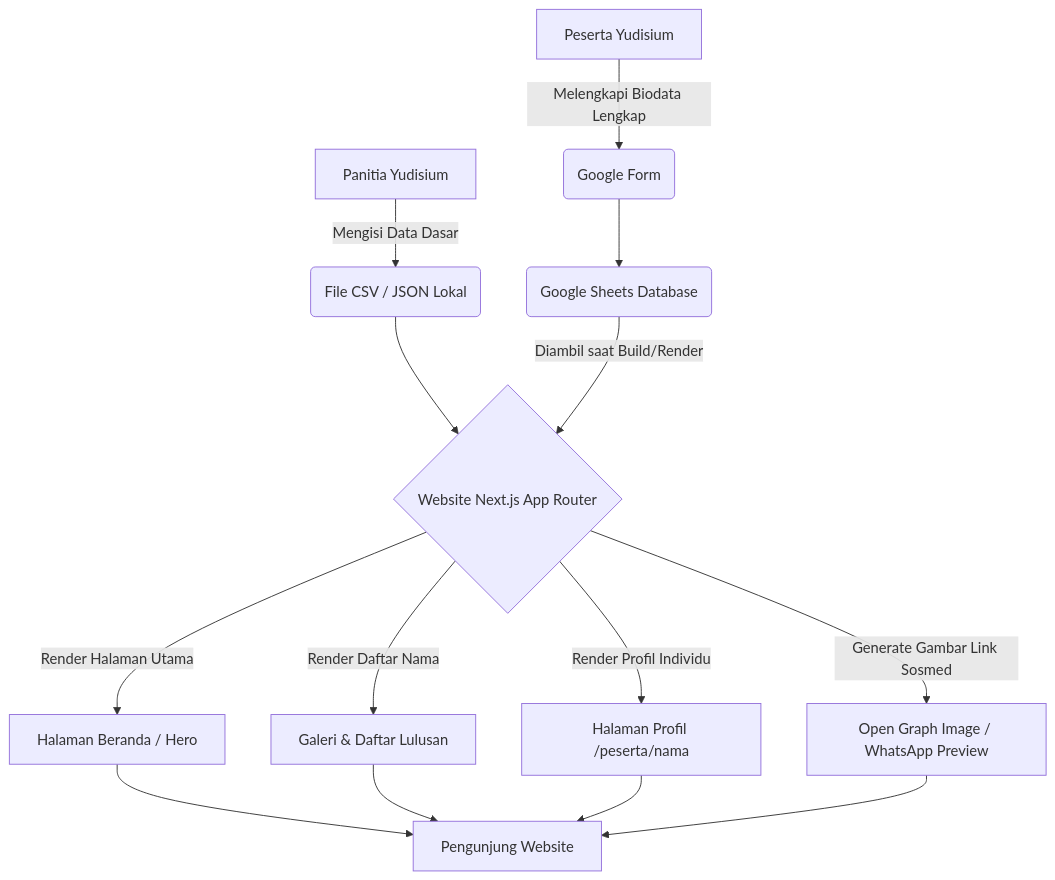
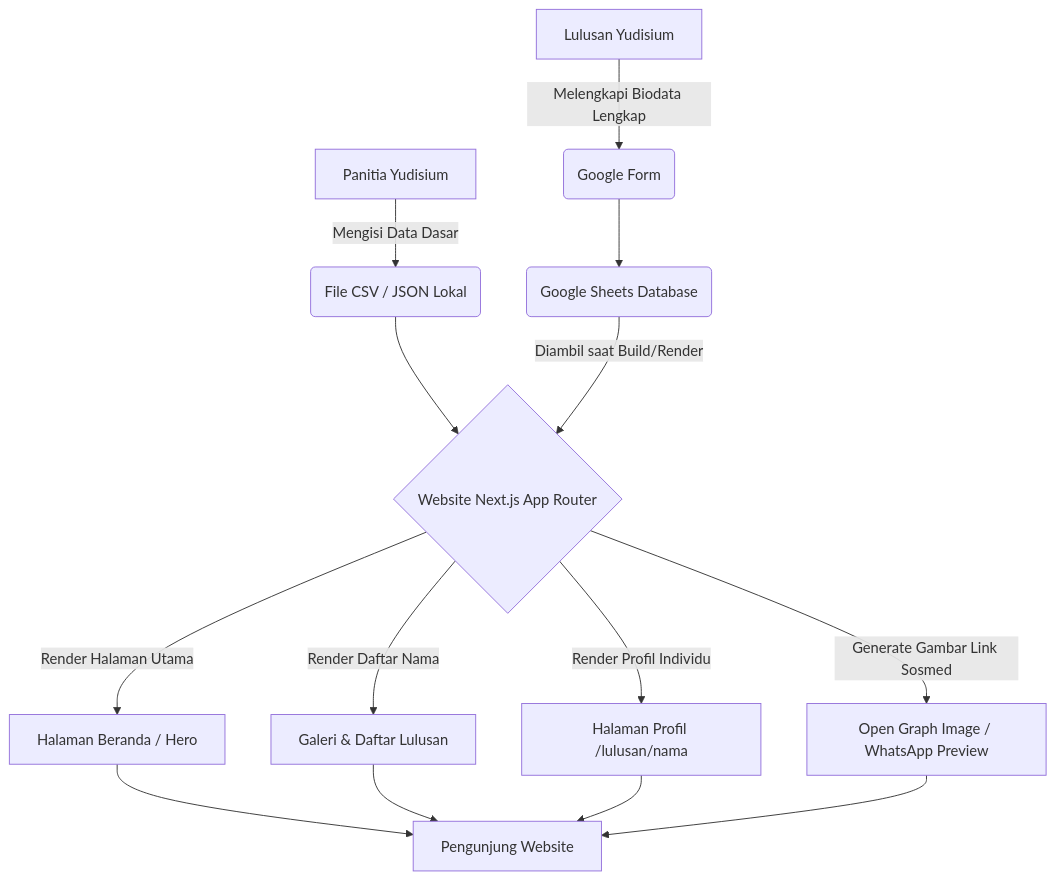
Before and after one commit to ZenRega38/FT_41: the diagram in README.md, drawn with Mermaid. The commit also changed other lines of this file and 31 other files, not shown here.

````diff
--- a/README.md
+++ b/README.md
@@ -34,19 +34,19 @@
 ```mermaid
 flowchart TD
     A[Panitia Yudisium] -->|Mengisi Data Dasar| B(File CSV / JSON Lokal)
-    C[Peserta Yudisium] -->|Melengkapi Biodata Lengkap| D(Google Form)
+    C[Lulusan Yudisium] -->|Melengkapi Biodata Lengkap| D(Google Form)
     D --> E(Google Sheets Database)
     
     B --> F{Website Next.js App Router}
     E -->|Diambil saat Build/Render| F
     
     F -->|Render Halaman Utama| G[Halaman Beranda / Hero]
     F -->|Render Daftar Nama| H[Galeri & Daftar Lulusan]
-    F -->|Render Profil Individu| I[Halaman Profil /peserta/nama]
+    F -->|Render Profil Individu| I[Halaman Profil /lulusan/nama]
     F -->|Generate Gambar Link Sosmed| J[Open Graph Image / WhatsApp Preview]
     
     G --> K[Pengunjung Website]
     H --> K
     I --> K
     J --> K
 ```
````
